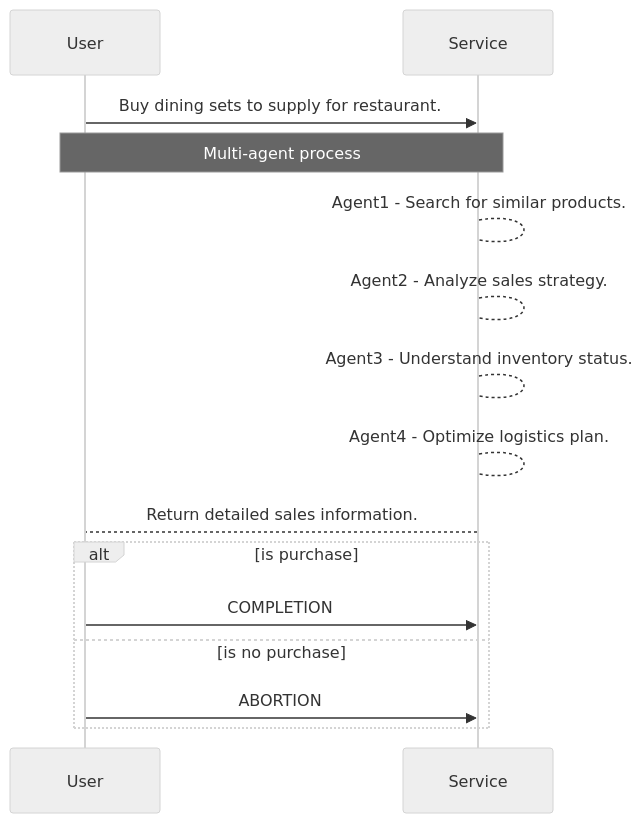
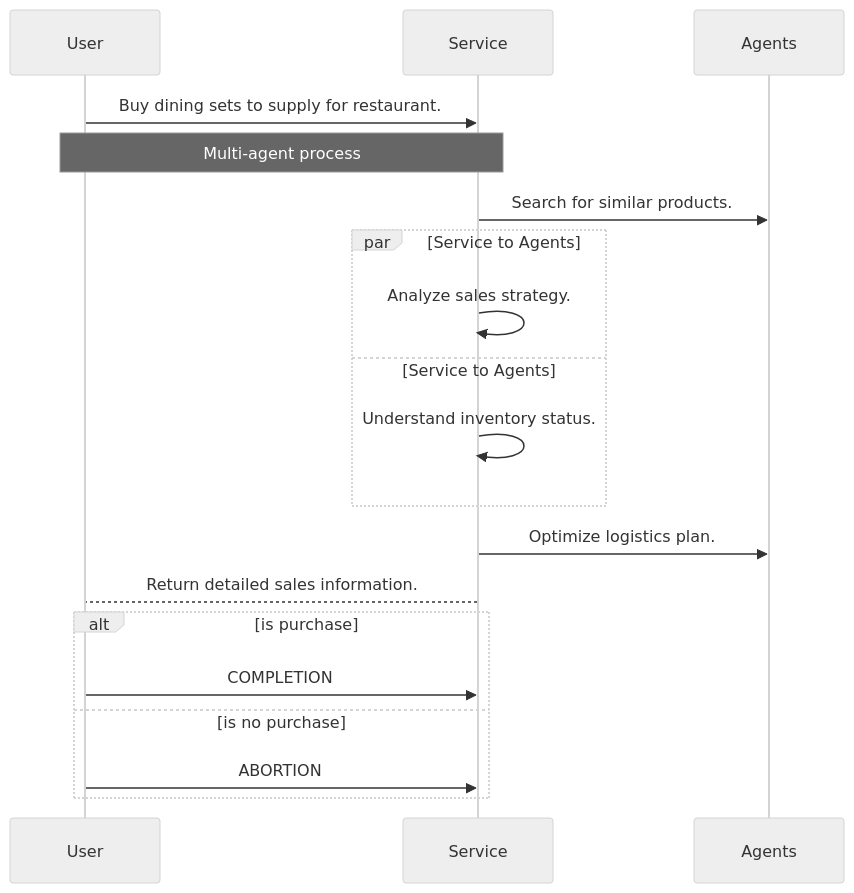
The fourth of 4 diagrams in _posts/2024-11-31-service-as-a-software.md (yueguoguo/yueguoguo.github.io), drawn with Mermaid (neutral theme) before and after one commit. The commit also changed other lines of this file, not shown here.

Commit message:
update diagrams

```diff
--- a/_posts/2024-11-31-service-as-a-software.md
+++ b/_posts/2024-11-31-service-as-a-software.md
@@ -288,15 +292,18 @@
 <div class="mermaid">
 sequenceDiagram
     User->>Service: Buy dining sets to supply for restaurant.
     Note over User,Service: Multi-agent process
-    Service-->Service: Agent1 - Search for similar products.
-    Service-->Service: Agent2 - Analyze sales strategy.
-    Service-->Service: Agent3 - Understand inventory status.
-    Service-->Service: Agent4 - Optimize logistics plan.
+    Service->>Agents: Search for similar products.
+    par Service to Agents
+      Service->>Service: Analyze sales strategy.
+    and Service to Agents
+      Service->>Service: Understand inventory status.
+    end
+    Service->>Agents: Optimize logistics plan.
     Service-->User: Return detailed sales information.
     alt is purchase
         User->>Service: COMPLETION
     else is no purchase
         User->>Service: ABORTION
     end
 </div>
```
